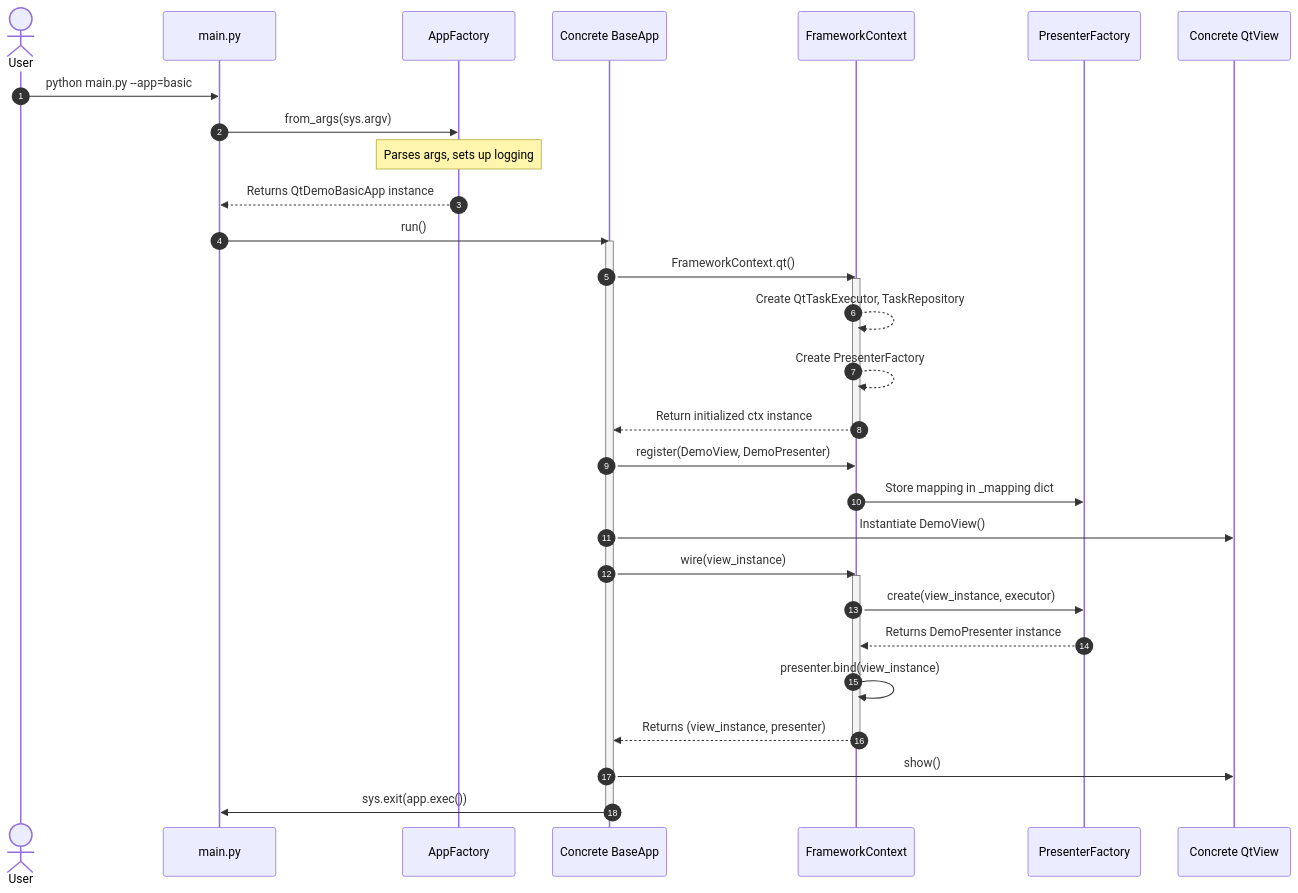
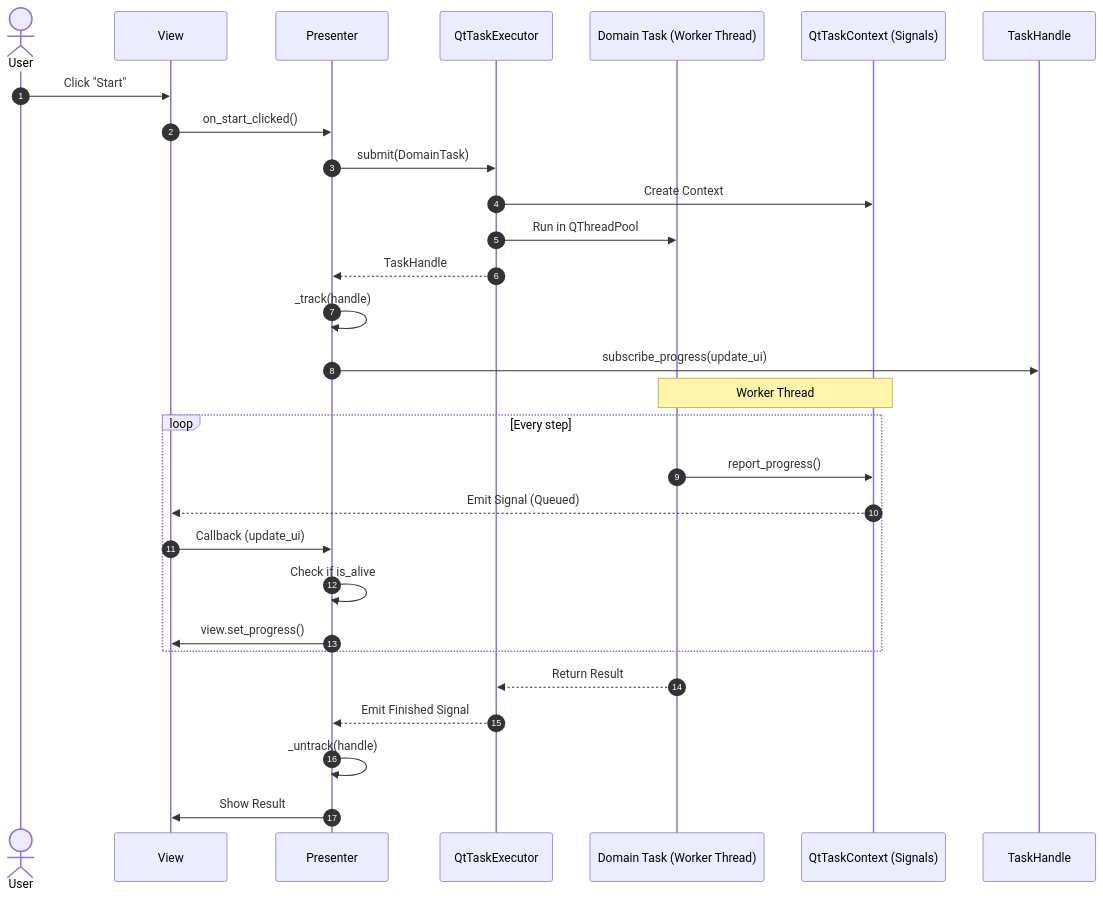
One commit to anhembedded/UI_Framework changed the fifth of 7 diagrams in Design/Framework_Architecture_Master.md. Above: the diagram before and after it, drawn with Mermaid. The commit also changed other lines of this file and 8 other files, not shown here.

Commit message:
docs: add project architectural documentation and initialize package structure for framework modules

````diff
--- a/Design/Framework_Architecture_Master.md
+++ b/Design/Framework_Architecture_Master.md
@@ -195,47 +192,35 @@
 ```mermaid
 sequenceDiagram
     autonumber
     actor User
-    participant CLI as main.py
-    participant AppFactory
-    participant App as Concrete BaseApp
-    participant Ctx as FrameworkContext
-    participant Factory as PresenterFactory
-    participant View as Concrete QtView
+    participant View
+    participant Presenter
+    participant Executor as QtTaskExecutor
+    participant Task as Domain Task (Worker Thread)
+    participant Ctx as QtTaskContext (Signals)
     
-    User->>CLI: python main.py --app=basic
-    CLI->>AppFactory: from_args(sys.argv)
+    User->>View: Click "Start"
+    View->>Presenter: on_start_clicked()
     
-    note over AppFactory: Parses args, sets up logging
-    AppFactory-->>CLI: Returns QtDemoBasicApp instance
+    Presenter->>Executor: submit(DomainTask)
+    Executor->>Ctx: Create Context
+    Executor->>Task: Run in QThreadPool
+    Executor-->>Presenter: TaskHandle
     
-    CLI->>App: run()
-    activate App
+    Presenter->>Presenter: _track(handle)
+    Presenter->>TaskHandle: subscribe_progress(update_ui)
     
-    %% Phase 1: Bootstrap
-    App->>Ctx: FrameworkContext.qt()
-    activate Ctx
-    Ctx-->>Ctx: Create QtTaskExecutor, TaskRepository
-    Ctx-->>Ctx: Create PresenterFactory
-    Ctx-->>App: Return initialized ctx instance
-    deactivate Ctx
+    note over Task, Ctx: Worker Thread
+    loop Every step
+        Task->>Ctx: report_progress()
+        Ctx-->>View: Emit Signal (Queued)
+        View->>Presenter: Callback (update_ui)
+        Presenter->>Presenter: Check if is_alive
+        Presenter->>View: view.set_progress()
+    end
     
-    %% Phase 2: Registration
-    App->>Ctx: register(DemoView, DemoPresenter)
-    Ctx->>Factory: Store mapping in _mapping dict
-    
-    %% Phase 3: Wiring
-    App->>View: Instantiate DemoView()
-    App->>Ctx: wire(view_instance)
-    activate Ctx
-    Ctx->>Factory: create(view_instance, executor)
-    Factory-->>Ctx: Returns DemoPresenter instance
-    Ctx->>Ctx: presenter.bind(view_instance)
-    Ctx-->>App: Returns (view_instance, presenter)
-    deactivate Ctx
-    
-    %% Phase 4: Launch
-    App->>View: show()
-    App->>CLI: sys.exit(app.exec())
-    deactivate App
+    Task-->>Executor: Return Result
+    Executor-->>Presenter: Emit Finished Signal
+    Presenter->>Presenter: _untrack(handle)
+    Presenter->>View: Show Result
 ```
````
